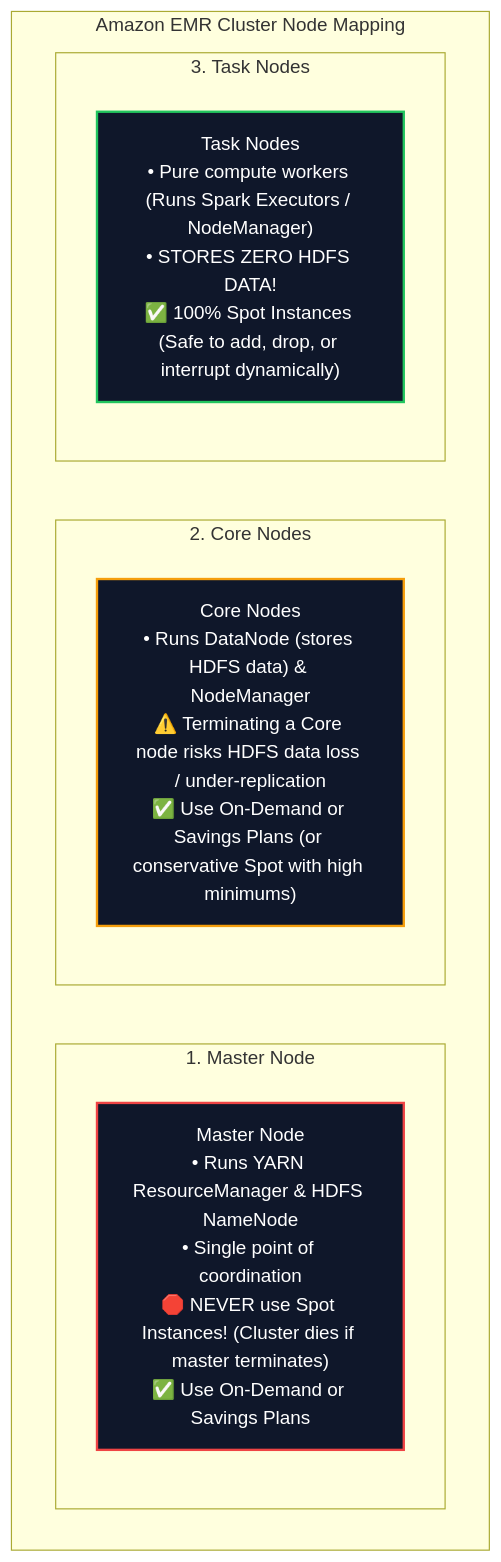
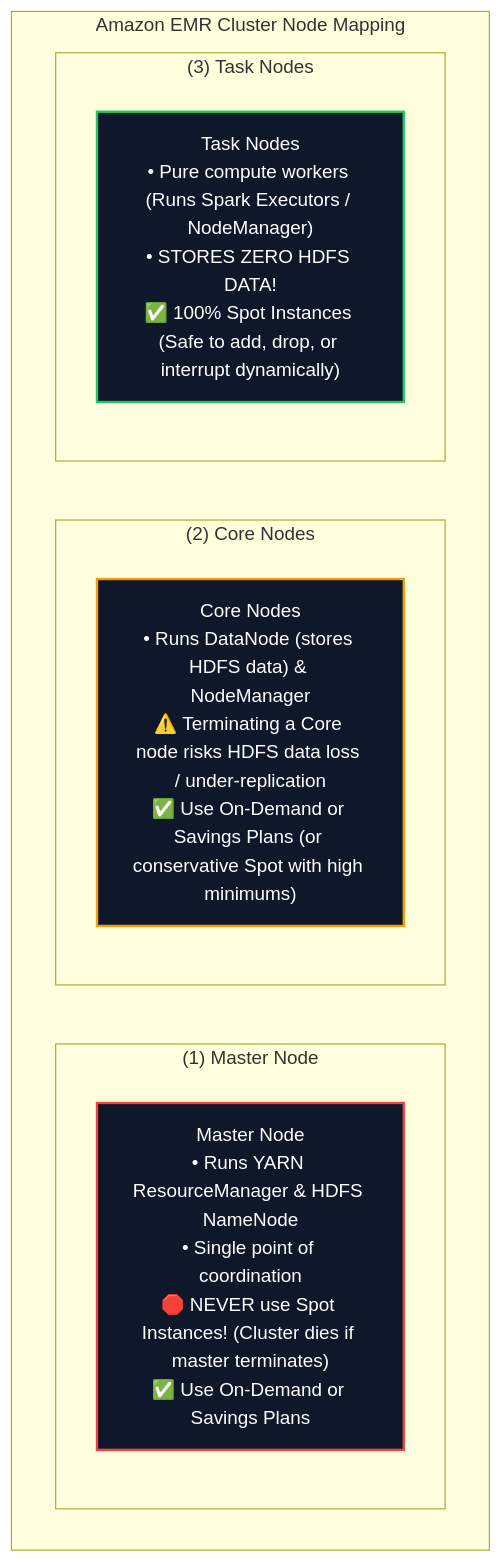
The third of 4 diagrams in content/02-services/compute-containers/ec2-and-graviton.md (Wathon/aws-dea-c01-note), drawn with Mermaid before and after one commit. The commit also changed other lines of this file and 19 other files, not shown here.

Commit message:
fix(mermaid): resolve 'Unsupported markdown: list' rendering issues across all diagram node and edge labels

````diff
--- a/content/02-services/compute-containers/ec2-and-graviton.md
+++ b/content/02-services/compute-containers/ec2-and-graviton.md
@@ -118,24 +118,24 @@
 ```mermaid
 graph TD
     subgraph EMRClusterTopology["Amazon EMR Cluster Node Mapping"]
-        subgraph MasterLayer["1. Master Node"]
+        subgraph MasterLayer["(1) Master Node"]
             M1["Master Node<br/>• Runs YARN ResourceManager & HDFS NameNode<br/>• Single point of coordination<br/>🛑 NEVER use Spot Instances! (Cluster dies if master terminates)<br/>✅ Use On-Demand or Savings Plans"]
         end
 
-        subgraph CoreLayer["2. Core Nodes"]
+        subgraph CoreLayer["(2) Core Nodes"]
             C1["Core Nodes<br/>• Runs DataNode (stores HDFS data) & NodeManager<br/>⚠️ Terminating a Core node risks HDFS data loss / under-replication<br/>✅ Use On-Demand or Savings Plans (or conservative Spot with high minimums)"]
         end
 
-        subgraph TaskLayer["3. Task Nodes"]
+        subgraph TaskLayer["(3) Task Nodes"]
             T1["Task Nodes<br/>• Pure compute workers (Runs Spark Executors / NodeManager)<br/>• STORES ZERO HDFS DATA!<br/>✅ 100% Spot Instances (Safe to add, drop, or interrupt dynamically)"]
         end
     end
 
     classDef master fill:#0f172a,stroke:#ef4444,stroke-width:2px,color:#fff;
     classDef core fill:#0f172a,stroke:#f59e0b,stroke-width:2px,color:#fff;
     classDef task fill:#0f172a,stroke:#22c55e,stroke-width:2px,color:#fff;
 
     class M1 master;
     class C1 core;
     class T1 task;
 ```
````
